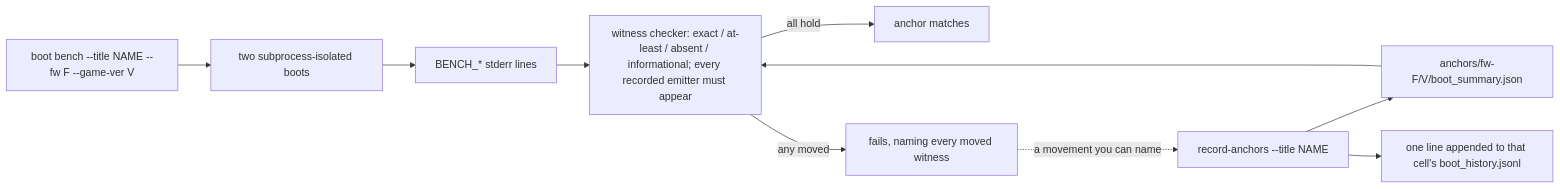
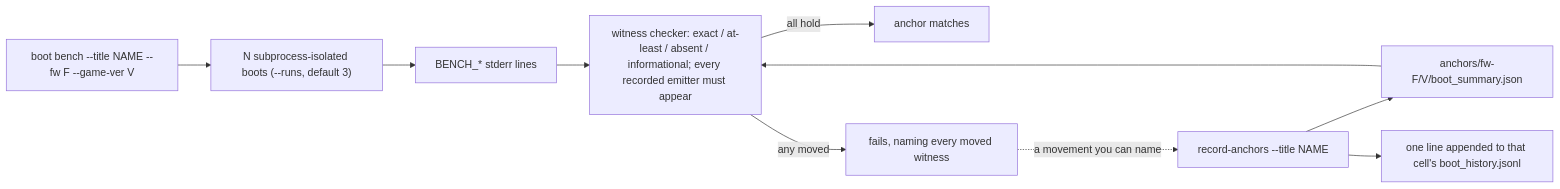
One commit to RoyalAce22/CellGov changed the first of 2 diagrams in docs/architecture/title_harness.md. Above: the diagram before and after it, drawn with Mermaid. The commit also changed other lines of this file and 12 other files, not shown here.

Commit message:
feat(cli): gate boot bench on determinism, report throughput separately

````diff
--- a/docs/architecture/title_harness.md
+++ b/docs/architecture/title_harness.md
@@ -126,12 +126,12 @@
 ```mermaid
 flowchart LR
-  bb["boot bench --title NAME --fw F --game-ver V"] --> boot["two subprocess-isolated boots"]
+  bb["boot bench --title NAME --fw F --game-ver V"] --> boot["N subprocess-isolated boots (--runs, default 3)"]
   boot --> lines["BENCH_* stderr lines"]
   lines --> chk["witness checker: exact / at-least / absent / informational; every recorded emitter must appear"]
   base["anchors/fw-F/V/boot_summary.json"] --> chk
   chk -->|all hold| ok["anchor matches"]
   chk -->|any moved| fail["fails, naming every moved witness"]
   fail -.->|a movement you can name| ra["record-anchors --title NAME"]
   ra --> base
   ra --> hist["one line appended to that cell's boot_history.jsonl"]
 ```
````
